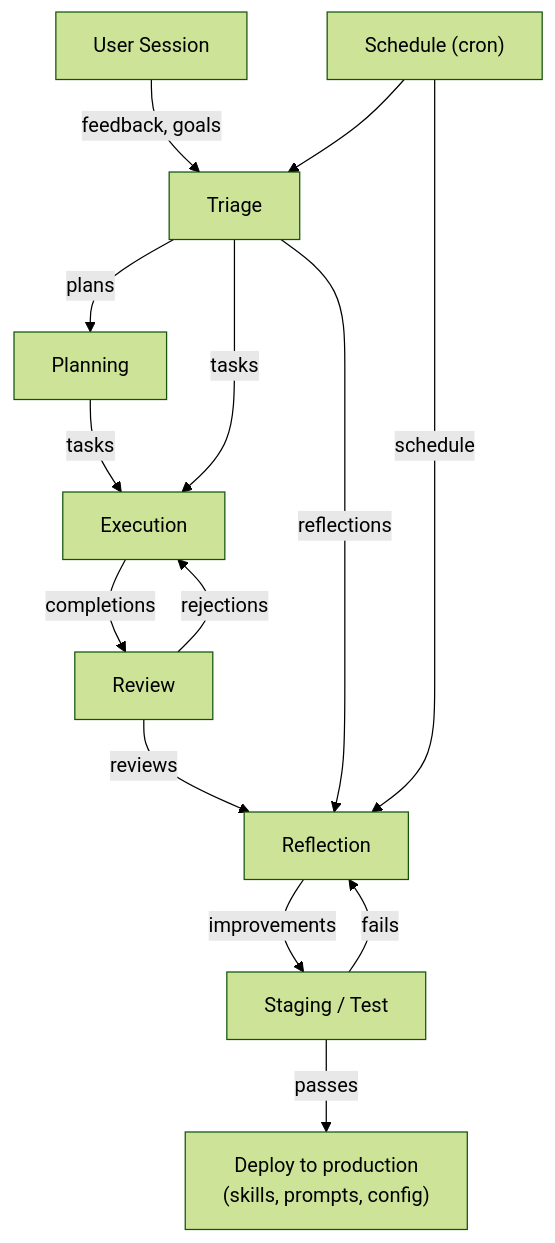
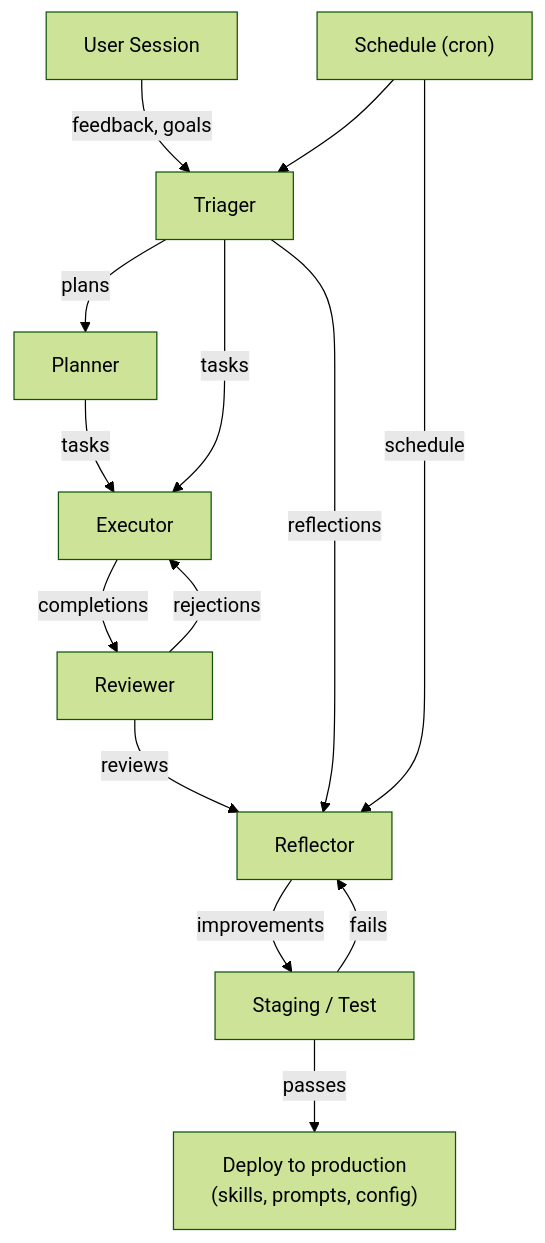
Before and after one commit to brayan07/cambium: the fifth of 5 diagrams in docs/architecture.md, drawn with Mermaid (forest theme). The commit also changed other lines of this file, not shown here.

````diff
--- a/docs/architecture.md
+++ b/docs/architecture.md
@@ -417,18 +417,18 @@
 ```mermaid
 graph TD
-    User["User Session"] -->|feedback, goals| Triage
-    Schedule["Schedule (cron)"] --> Triage
-    Schedule -->|schedule| Reflection
-    Triage -->|plans| Planning
-    Triage -->|tasks| Execution
-    Triage -->|reflections| Reflection
+    User["User Session"] -->|feedback, goals| Triager
+    Schedule["Schedule (cron)"] --> Triager
+    Schedule -->|schedule| Reflector
+    Triager -->|plans| Planner
+    Triager -->|tasks| Executor
+    Triager -->|reflections| Reflector
 
-    Planning -->|tasks| Execution
-    Execution -->|completions| Review
-    Review -->|reviews| Reflection
-    Review -->|rejections| Execution
+    Planner -->|tasks| Executor
+    Executor -->|completions| Reviewer
+    Reviewer -->|reviews| Reflector
+    Reviewer -->|rejections| Executor
 
-    Reflection -->|improvements| Staging["Staging / Test"]
+    Reflector -->|improvements| Staging["Staging / Test"]
     Staging -->|passes| Deploy["Deploy to production<br/>(skills, prompts, config)"]
-    Staging -->|fails| Reflection
+    Staging -->|fails| Reflector
 ```
````
